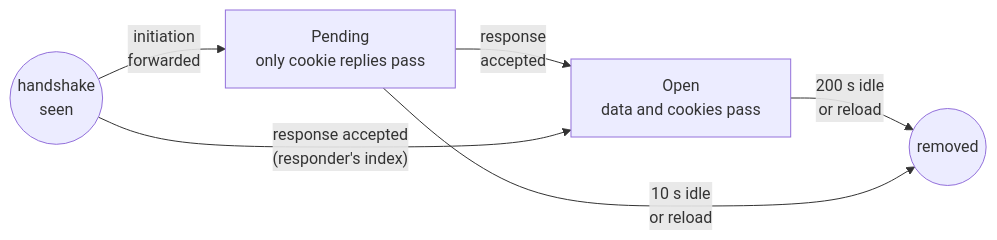
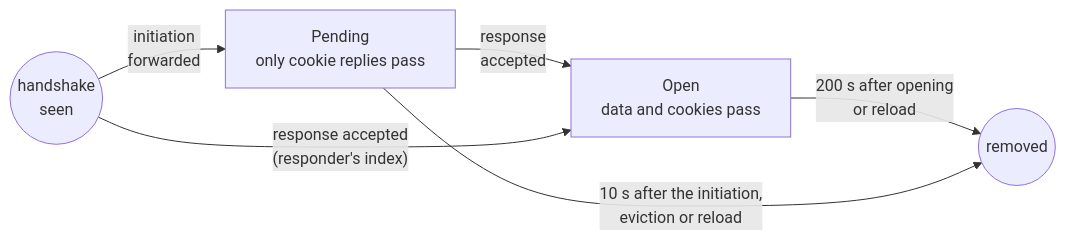
Before and after one commit to 3alpha/wg-relay: diagram 11 of 22 in docs/how-it-works.md, drawn with Mermaid. The commit also changed other lines of this file and 11 other files, not shown here.

````diff
--- a/docs/how-it-works.md
+++ b/docs/how-it-works.md
@@ -382,8 +382,8 @@
 ```mermaid
 flowchart LR
     NEW(("handshake<br/>seen")) -- "initiation<br/>forwarded" --> P["Pending<br/>only cookie replies pass"]
     P -- "response<br/>accepted" --> O["Open<br/>data and cookies pass"]
     NEW -- "response accepted<br/>(responder's index)" --> O
-    O -- "200 s idle<br/>or reload" --> GONE(("removed"))
-    P -- "10 s idle<br/>or reload" --> GONE
+    O -- "200 s after opening<br/>or reload" --> GONE(("removed"))
+    P -- "10 s after the initiation,<br/>eviction or reload" --> GONE
 ```
````
